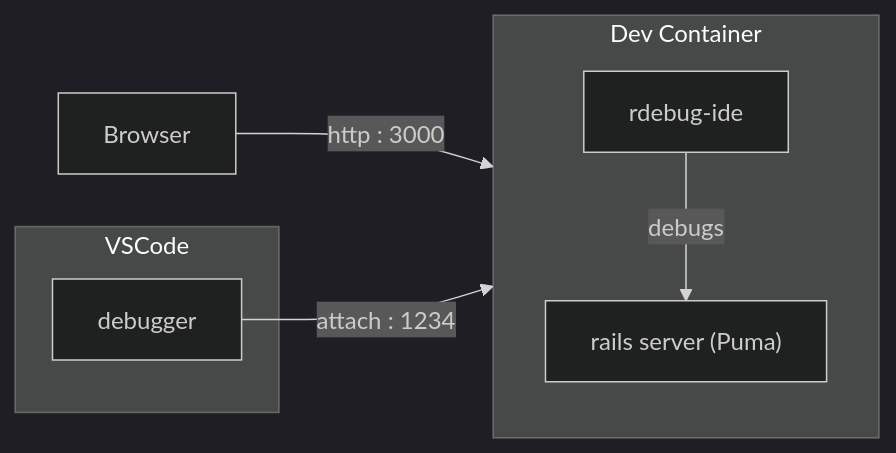
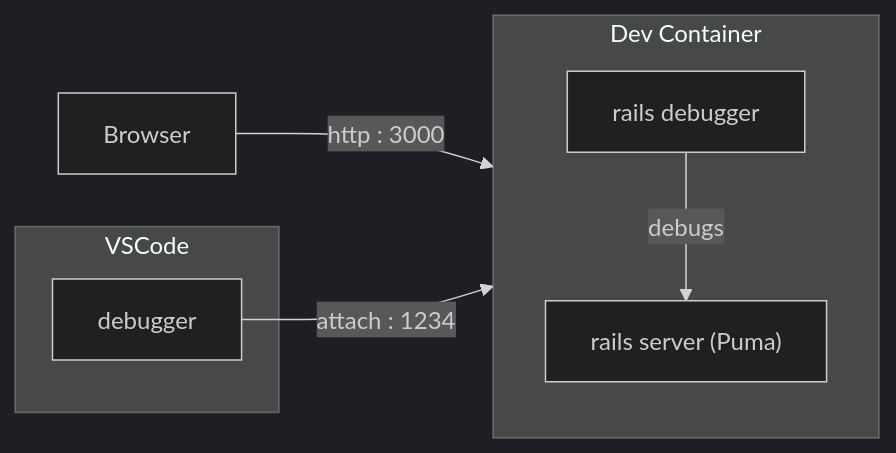
One commit to klo2k/rails-devcontainer-poc changed the diagram in Readme.md. Above: the diagram before and after it, drawn with Mermaid (dark theme). The commit also changed other lines of this file and 106 other files, not shown here.

````diff
--- a/Readme.md
+++ b/Readme.md
@@ -7,16 +7,17 @@
 ```mermaid
 graph LR
 
   Browser -- http : 3000 --> rails-server
 
   subgraph VSCode
     debugger
   end
 
   subgraph "Dev Container"
     direction TB
     rails-server["rails server (Puma)"]
-    debugger -- attach : 1234 --> rdebug-ide
-    rdebug-ide -- debugs --> rails-server
+    rails-debugger["rails debugger"]
+    debugger -- attach : 1234 --> rails-debugger
+    rails-debugger -- debugs --> rails-server
   end
 ```
````
